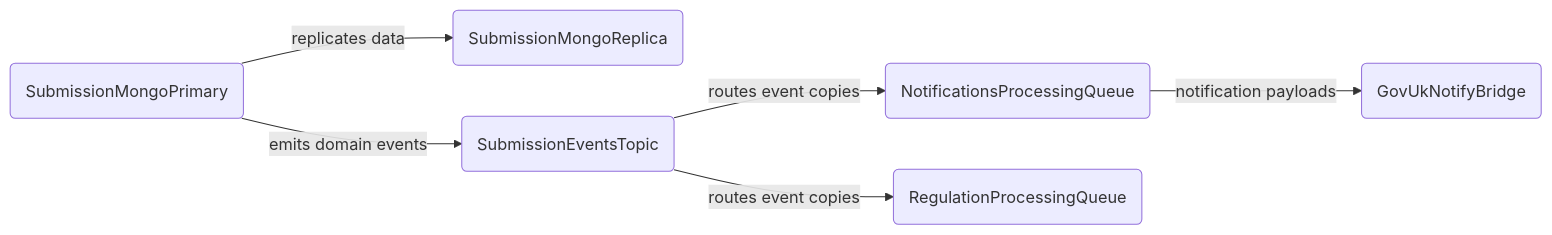
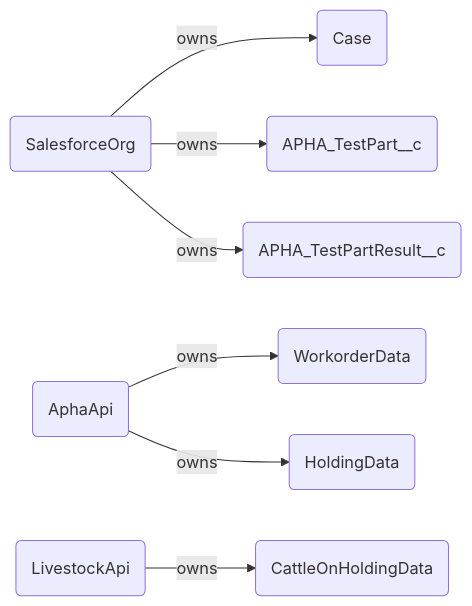
One commit to DEFRA/cattle-vaccination-documentation changed the second of 3 diagrams in technology/data-architecture/physical-view/README.md. Above: the diagram before and after it, drawn with Mermaid. The commit also changed other lines of this file and 3 other files, not shown here.

````diff
--- a/technology/data-architecture/physical-view/README.md
+++ b/technology/data-architecture/physical-view/README.md
@@ -37,15 +31,20 @@
 ```mermaid
 flowchart LR
-  SubmissionDb(SubmissionMongoPrimary)
-  ReplicaNode(SubmissionMongoReplica)
-  EventTopic(SubmissionEventsTopic)
-  NotificationsQueue(NotificationsProcessingQueue)
-  RegulationQueue(RegulationProcessingQueue)
-  NotifyBridge(GovUkNotifyBridge)
+  SalesforceOrg(SalesforceOrg)
+  AphaApi(AphaApi)
+  LivestockApi(LivestockApi)
 
-  SubmissionDb -->|"replicates data"| ReplicaNode
-  SubmissionDb -->|"emits domain events"| EventTopic
-  EventTopic -->|"routes event copies"| NotificationsQueue
-  EventTopic -->|"routes event copies"| RegulationQueue
-  NotificationsQueue -->|"notification payloads"| NotifyBridge
+  CaseRecord(Case)
+  TestPartRecord(APHA_TestPart__c)
+  TestResultRecord(APHA_TestPartResult__c)
+  WorkorderData(WorkorderData)
+  HoldingData(HoldingData)
+  CattleData(CattleOnHoldingData)
+
+  SalesforceOrg -->|"owns"| CaseRecord
+  SalesforceOrg -->|"owns"| TestPartRecord
+  SalesforceOrg -->|"owns"| TestResultRecord
+  AphaApi -->|"owns"| WorkorderData
+  AphaApi -->|"owns"| HoldingData
+  LivestockApi -->|"owns"| CattleData
 ```
````
